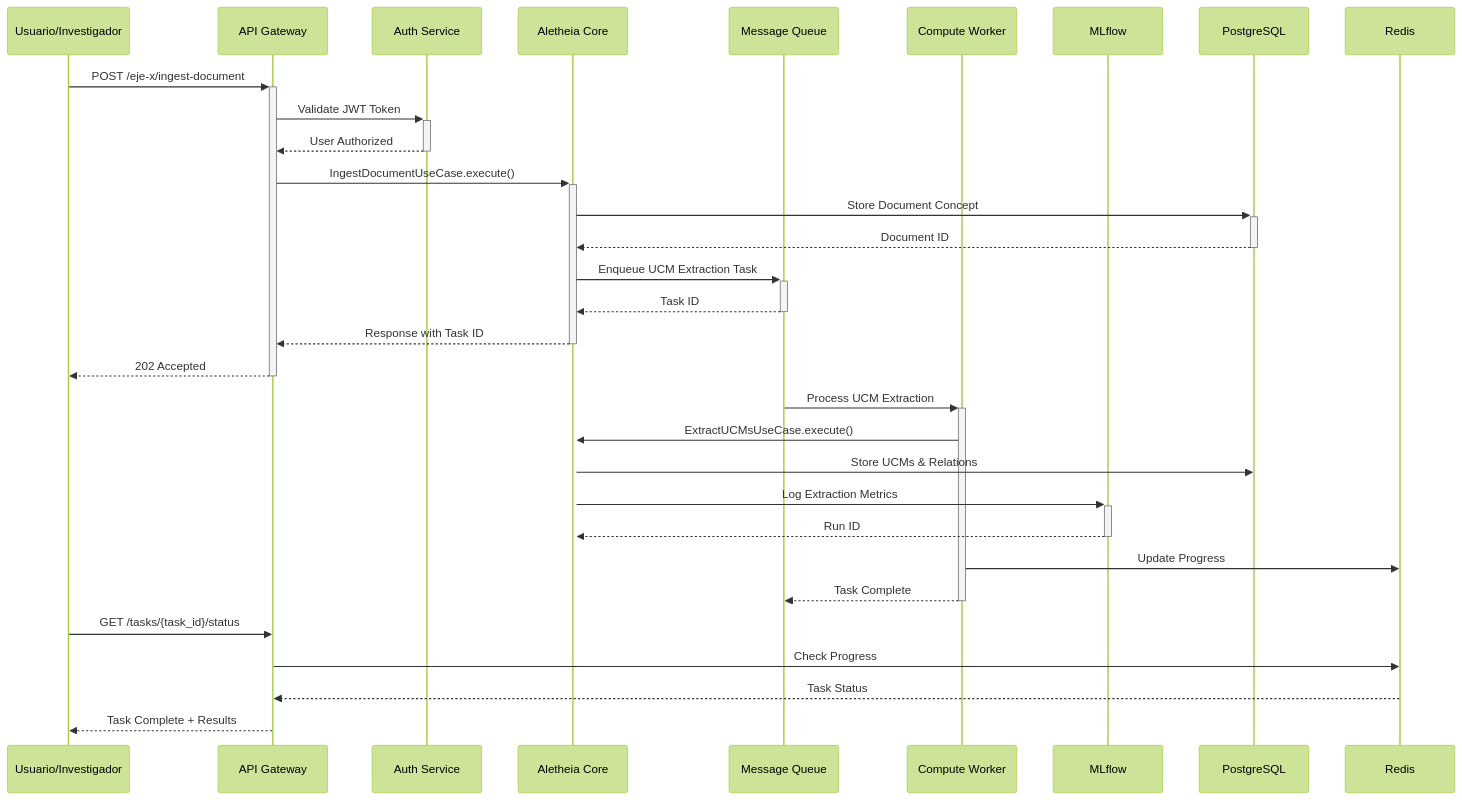
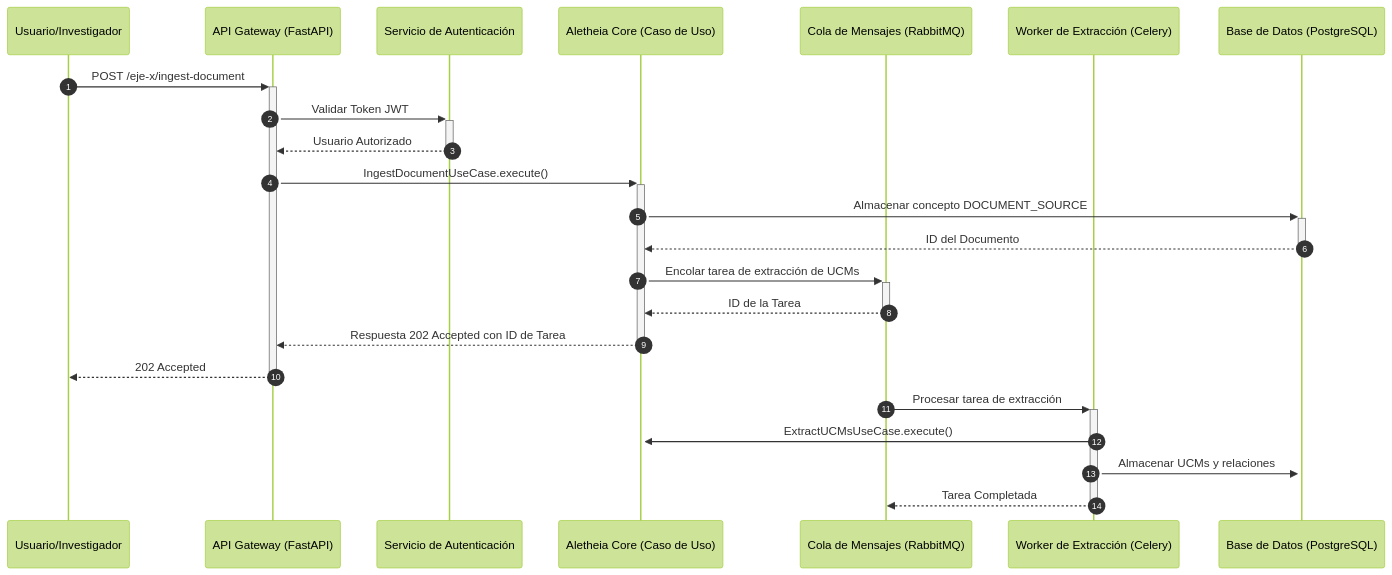
The fourth of 4 diagrams in README.md (SunNeurotron/Aletheia), drawn with Mermaid (forest theme) before and after one commit. The commit also changed other lines of this file, not shown here.

````diff
--- a/README.md
+++ b/README.md
@@ -206,39 +239,26 @@
 ```mermaid
 sequenceDiagram
+    autonumber
     participant User as Usuario/Investigador
-    participant API as API Gateway
-    participant Auth as Auth Service
-    participant Core as Aletheia Core
-    participant Queue as Message Queue
-    participant Worker as Compute Worker
-    participant ML as MLflow
-    participant DB as PostgreSQL
-    participant Cache as Redis
+    participant API as API Gateway (FastAPI)
+    participant Auth as Servicio de Autenticación
+    participant Core as Aletheia Core (Caso de Uso)
+    participant Queue as Cola de Mensajes (RabbitMQ)
+    participant Worker as Worker de Extracción (Celery)
+    participant DB as Base de Datos (PostgreSQL)
 
     User->>+API: POST /eje-x/ingest-document
-    API->>+Auth: Validate JWT Token
-    Auth-->>-API: User Authorized
-
+    API->>+Auth: Validar Token JWT
+    Auth-->>-API: Usuario Autorizado
     API->>+Core: IngestDocumentUseCase.execute()
-    Core->>+DB: Store Document Concept
-    DB-->>-Core: Document ID
-
-    Core->>+Queue: Enqueue UCM Extraction Task
-    Queue-->>-Core: Task ID
-    Core-->>-API: Response with Task ID
+    Core->>+DB: Almacenar concepto DOCUMENT_SOURCE
+    DB-->>-Core: ID del Documento
+    Core->>+Queue: Encolar tarea de extracción de UCMs
+    Queue-->>-Core: ID de la Tarea
+    Core-->>-API: Respuesta 202 Accepted con ID de Tarea
     API-->>-User: 202 Accepted
-
-    Queue->>+Worker: Process UCM Extraction
+    Queue->>+Worker: Procesar tarea de extracción
     Worker->>+Core: ExtractUCMsUseCase.execute()
-    Core->>DB: Store UCMs & Relations
-    Core->>+ML: Log Extraction Metrics
-    ML-->>-Core: Run ID
-
-    Worker->>Cache: Update Progress
-    Worker-->>-Queue: Task Complete
-
-    User->>API: GET /tasks/{task_id}/status
-    API->>Cache: Check Progress
-    Cache-->>API: Task Status
-    API-->>User: Task Complete + Results
+    Worker->>+DB: Almacenar UCMs y relaciones
+    Worker-->>-Queue: Tarea Completada
 ```
````
